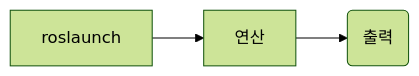
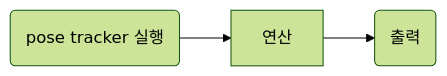
Before and after one commit to kemjensak/isaac_sim_tutorial: the diagram in docs/day3-4.md, drawn with Mermaid (forest theme). The commit also changed other lines of this file, not shown here.

````diff
--- a/docs/day3-4.md
+++ b/docs/day3-4.md
@@ -121,5 +121,5 @@
 ```mermaid 
 graph LR; 
-roslaunch -->B[연산];
+A(pose tracker 실행)-->B[연산];
 B-->C(출력);
 ```
````
